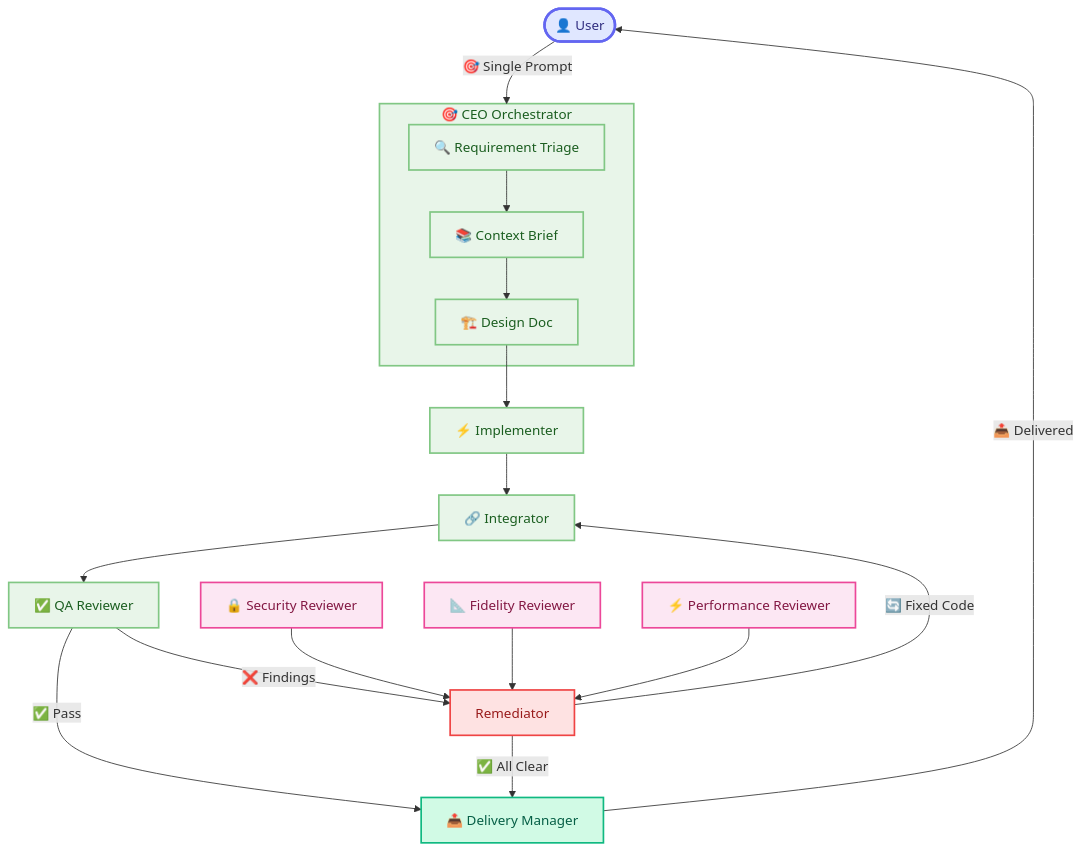
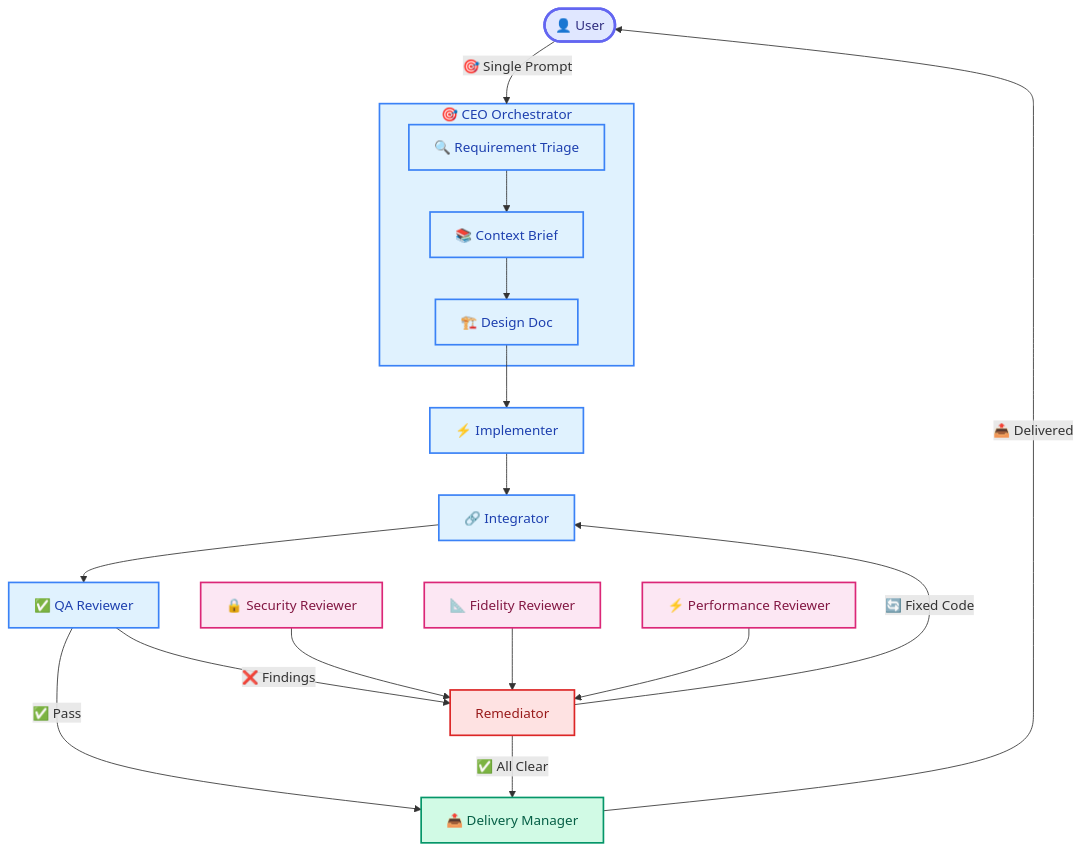
One commit to galpt/kilocode-agents changed the second of 2 diagrams in README.md. Above: the diagram before and after it, drawn with Mermaid. The commit also changed other lines of this file, not shown here.

Commit message:
fix: improve mermaid color contrast between stages

````diff
--- a/README.md
+++ b/README.md
@@ -106,36 +106,36 @@
 ```mermaid
 graph TD
     User(["👤 User"]) -->|"🎯 Single Prompt"| CEO
 
     subgraph CEO["🎯 CEO Orchestrator"]
         A["🔍 Requirement Triage"] --> B["📚 Context Brief"]
         B --> C["🏗️ Design Doc"]
     end
 
     C --> D["⚡ Implementer"]
     D --> E["🔗 Integrator"]
     E --> F["✅ QA Reviewer"]
 
     F -->|"✅ Pass"| Delivery
     F -->|"❌ Findings"| Remediator
     Security["🔒 Security Reviewer"] --> Remediator
     Fidelity["📐 Fidelity Reviewer"] --> Remediator
     Perf["⚡ Performance Reviewer"] --> Remediator
 
     Remediator -->|"🔄 Fixed Code"| E
     Remediator -->|"✅ All Clear"| Delivery
 
     Delivery["📤 Delivery Manager"] -->|"📤 Delivered"| User
 
-    classDef stage fill:#e8f5e9,stroke:#81c784,stroke-width:2px,color:#1b5e20
-    classDef review fill:#fce7f3,stroke:#ec4899,stroke-width:2px,color:#831843
-    classDef remediate fill:#fee2e2,stroke:#ef4444,stroke-width:2px,color:#991b1b
-    classDef deliver fill:#d1fae5,stroke:#10b981,stroke-width:2px,color:#065f46
+    classDef stage fill:#e0f2fe,stroke:#3b82f6,stroke-width:2px,color:#1e40af
+    classDef review fill:#fce7f3,stroke:#db2777,stroke-width:2px,color:#831843
+    classDef remediate fill:#fee2e2,stroke:#dc2626,stroke-width:2px,color:#991b1b
+    classDef deliver fill:#d1fae5,stroke:#059669,stroke-width:2px,color:#065f46
     classDef user fill:#e0e7ff,stroke:#6366f1,stroke-width:3px,color:#312e81
 
     class CEO,A,B,C,D,E,F stage
     class Security,Fidelity,Perf review
     class Remediator remediate
     class Delivery,User deliver
     class User user
 ```
````
